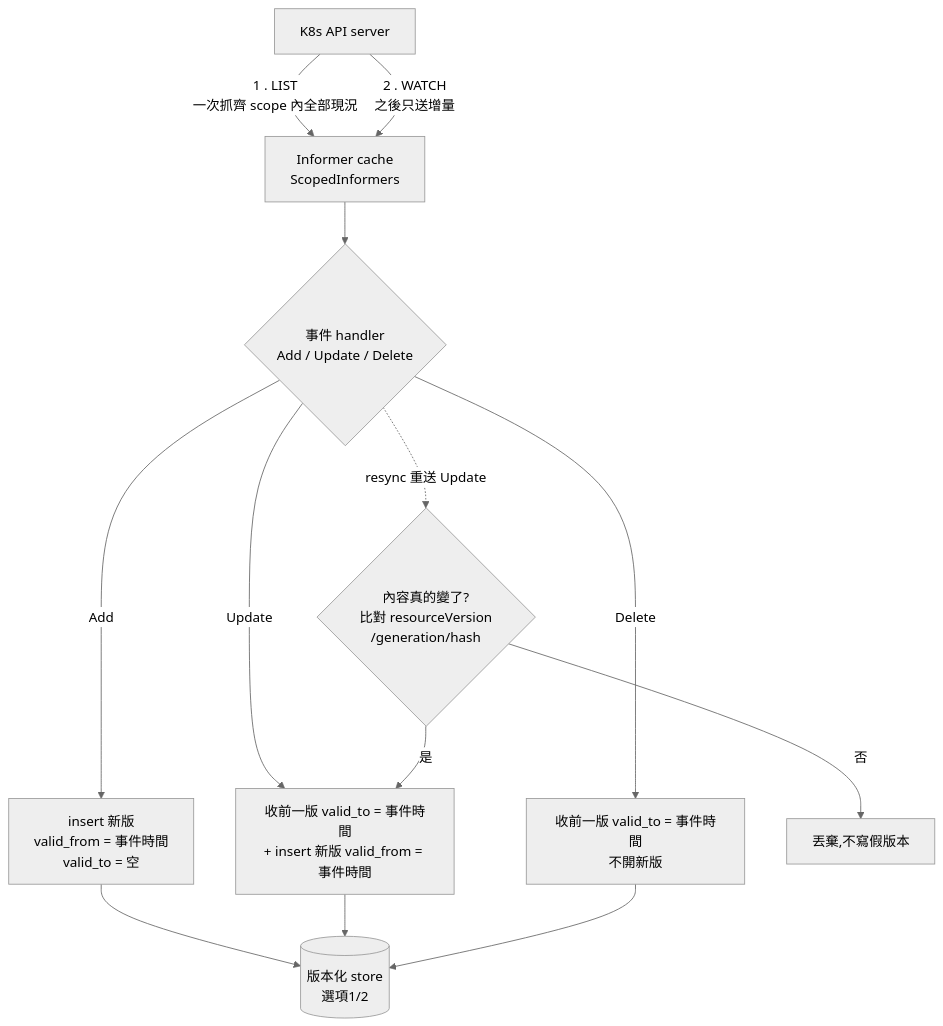
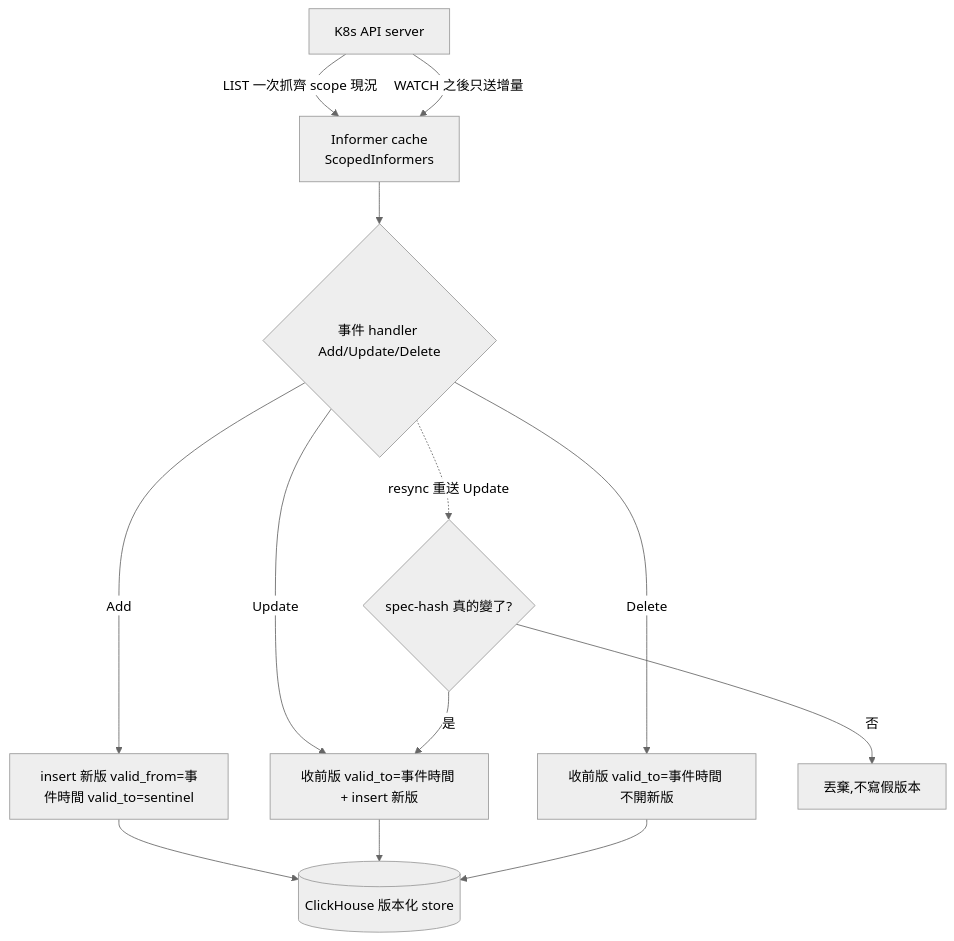
The fourth of 6 diagrams in docs/istio-virtualservice-routing-history-design.md (jcswiftie13/custom-k8s-resource-metadata-watcher), drawn with Mermaid (neutral theme) before and after one commit. The commit also changed other lines of this file and 12 other files, not shown here.

````diff
--- a/docs/istio-virtualservice-routing-history-design.md
+++ b/docs/istio-virtualservice-routing-history-design.md
@@ -87,15 +127,15 @@
 ```mermaid
 graph TD
-    A[K8s API server] -->|1 . LIST<br/>一次抓齊 scope 內全部現況| B[Informer cache<br/>ScopedInformers]
-    A -->|2 . WATCH<br/>之後只送增量| B
-    B --> C{事件 handler<br/>Add / Update / Delete}
-    C -->|Add| D[insert 新版<br/>valid_from = 事件時間<br/>valid_to = 空]
-    C -->|Update| E[收前一版 valid_to = 事件時間<br/>+ insert 新版 valid_from = 事件時間]
-    C -->|Delete| F[收前一版 valid_to = 事件時間<br/>不開新版]
-    D --> G[(版本化 store<br/>選項1/2)]
+    A[K8s API server] -->|LIST 一次抓齊 scope 現況| B[Informer cache<br/>ScopedInformers]
+    A -->|WATCH 之後只送增量| B
+    B --> C{事件 handler Add/Update/Delete}
+    C -->|Add| D[insert 新版 valid_from=事件時間 valid_to=sentinel]
+    C -->|Update| E[收前版 valid_to=事件時間 + insert 新版]
+    C -->|Delete| F[收前版 valid_to=事件時間 不開新版]
+    D --> G[(ClickHouse 版本化 store)]
     E --> G
     F --> G
-    C -.->|resync 重送 Update| H{內容真的變了?<br/>比對 resourceVersion<br/>/generation/hash}
+    C -.->|resync 重送 Update| H{spec-hash 真的變了?}
     H -->|否| I[丟棄,不寫假版本]
     H -->|是| E
 ```
````
